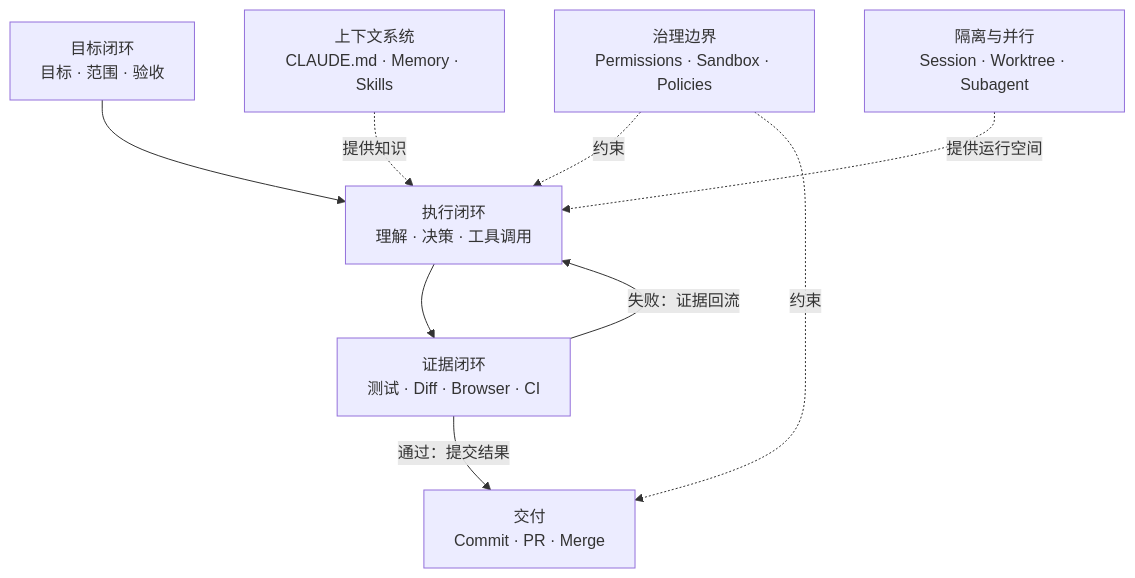
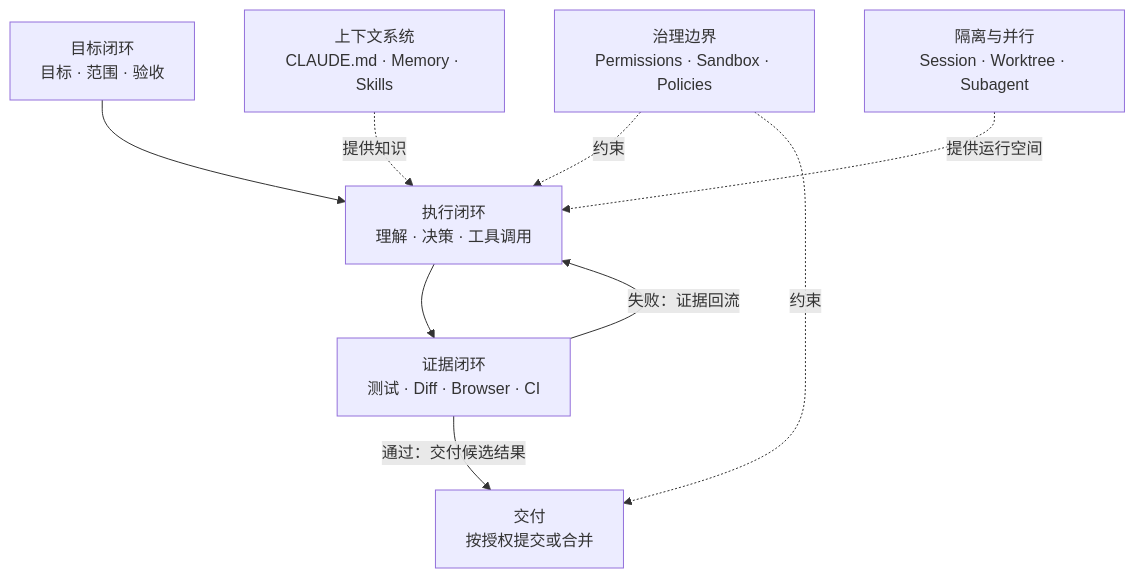
One commit to MarkingYang/aidea-lab changed the diagram in src/content/writing/claude-code-product-design.md. Above: the diagram before and after it, drawn with Mermaid. The commit also changed other lines of this file and 59 other files, not shown here.

````diff
--- a/src/content/writing/claude-code-product-design.md
+++ b/src/content/writing/claude-code-product-design.md
@@ -31,12 +34,12 @@
 ```mermaid
 flowchart TB
   A[目标闭环<br/>目标 · 范围 · 验收] --> B[执行闭环<br/>理解 · 决策 · 工具调用]
   B --> C[证据闭环<br/>测试 · Diff · Browser · CI]
   C -->|失败：证据回流| B
-  C -->|通过：提交结果| D[交付<br/>Commit · PR · Merge]
+  C -->|通过：交付候选结果| D[交付<br/>按授权提交或合并]
 
   G[治理边界<br/>Permissions · Sandbox · Policies] -.约束.-> B
   G -.约束.-> D
   E[上下文系统<br/>CLAUDE.md · Memory · Skills] -.提供知识.-> B
   F[隔离与并行<br/>Session · Worktree · Subagent] -.提供运行空间.-> B
 ```
````
